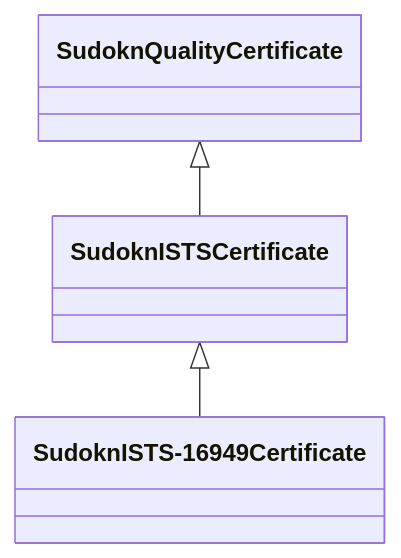
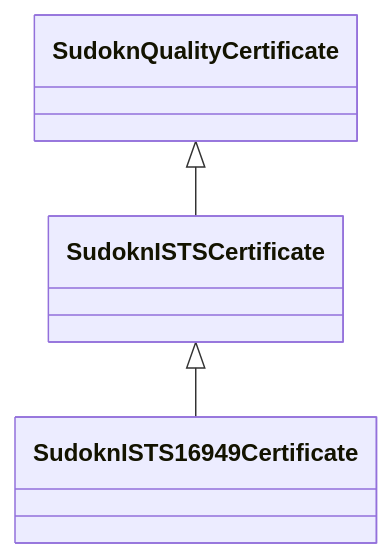
Before and after one commit to frink-okn/graph-descriptions: the diagram in sudokn-kg/classes/SudoknISTSCertificate.md, drawn with Mermaid. The commit also changed other lines of this file and 903 other files, not shown here.

````diff
--- a/sudokn-kg/classes/SudoknISTSCertificate.md
+++ b/sudokn-kg/classes/SudoknISTSCertificate.md
@@ -23,14 +16,14 @@
 ```mermaid
  classDiagram
     class SudoknISTSCertificate
     click SudoknISTSCertificate href "../SudoknISTSCertificate"
       SudoknQualityCertificate <|-- SudoknISTSCertificate
         click SudoknQualityCertificate href "../SudoknQualityCertificate"
       
 
-      SudoknISTSCertificate <|-- SudoknISTS-16949Certificate
-        click SudoknISTS-16949Certificate href "../SudoknISTS-16949Certificate"
+      SudoknISTSCertificate <|-- SudoknISTS16949Certificate
+        click SudoknISTS16949Certificate href "../SudoknISTS16949Certificate"
       
       
       
 ```
````
